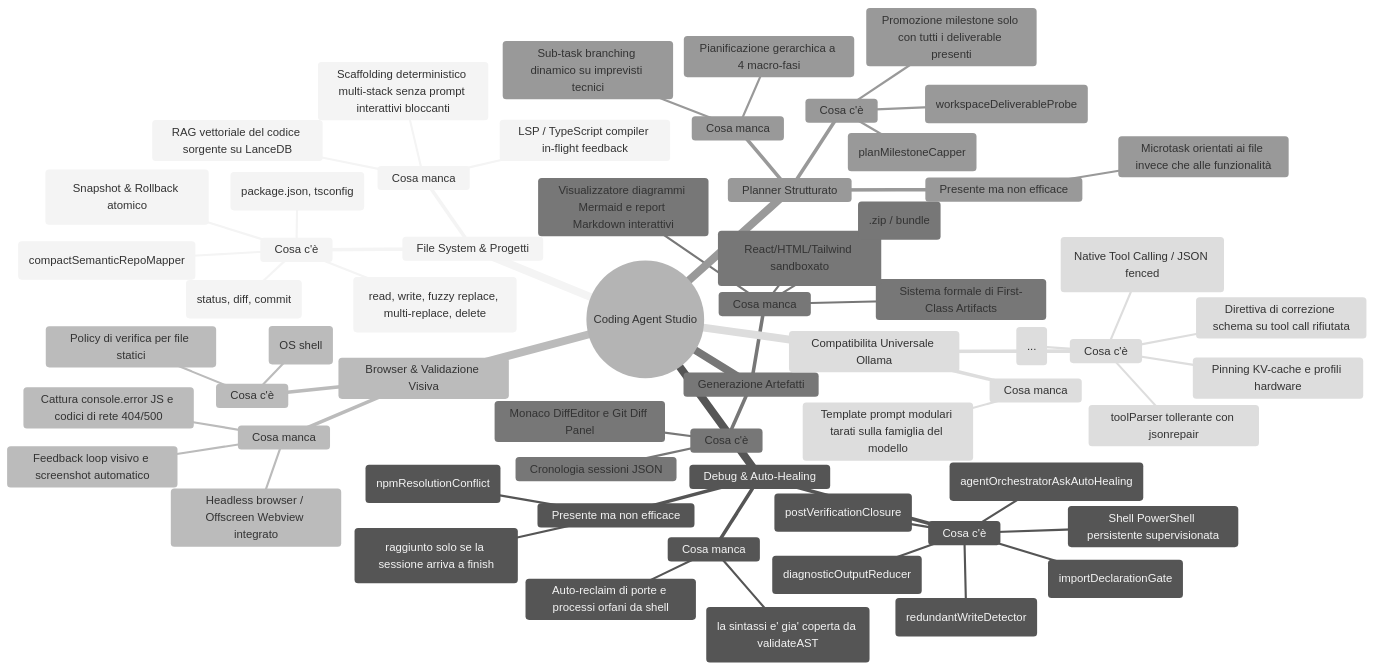
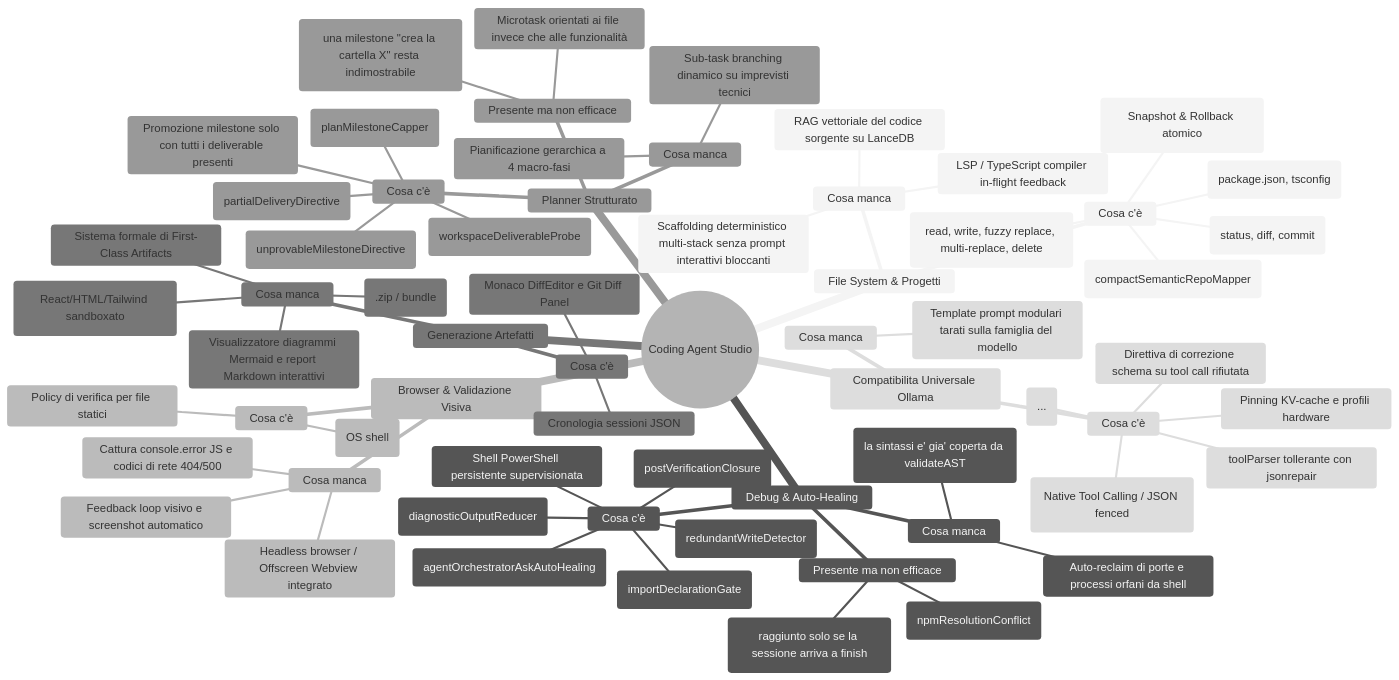
Before and after one commit to dennidalpos/OnlyRagV2: the first of 2 diagrams in docs/coding-agent-studio-blueprint.md, drawn with Mermaid (neutral theme). The commit also changed other lines of this file and 11 other files, not shown here.

````diff
--- a/docs/coding-agent-studio-blueprint.md
+++ b/docs/coding-agent-studio-blueprint.md
@@ -9,65 +9,68 @@
 ```mermaid
 mindmap
   root((Coding Agent Studio))
     File System & Progetti
       Cosa c'è
         Tool I/O completi (read, write, fuzzy replace, multi-replace, delete)
         AtomicWorkspaceJournal (Snapshot & Rollback atomico)
         AST Repo Map (compactSemanticRepoMapper)
         Dependency Scanner (package.json, tsconfig)
         Git Toolchain (status, diff, commit)
       Cosa manca
         RAG vettoriale del codice sorgente su LanceDB
         Scaffolding deterministico multi-stack senza prompt interattivi bloccanti
         LSP / TypeScript compiler in-flight feedback
     Debug & Auto-Healing
       Cosa c'è
         Shell PowerShell persistente supervisionata
         Riduzione diagnostica stack trace (diagnosticOutputReducer)
         Intercettazione lazy ask (agentOrchestratorAskAutoHealing)
         Gate import non dichiarati post-write (importDeclarationGate)
         Scrittura a vuoto riconosciuta come no-op (redundantWriteDetector)
         Stato di chiusura dichiarabile a build verde (postVerificationClosure)
       Presente ma non efficace
         Definition of Done Gate su build reale (raggiunto solo se la sessione arriva a finish)
         Recupero dai conflitti npm ERESOLVE (npmResolutionConflict)
       Cosa manca
         Typecheck incrementale post-write (la sintassi e' gia' coperta da validateAST)
         Auto-reclaim di porte e processi orfani da shell
     Browser & Validazione Visiva
       Cosa c'è
         open_in_browser esterno (OS shell)
         Policy di verifica per file statici
       Cosa manca
         Feedback loop visivo e screenshot automatico
         Cattura console.error JS e codici di rete 404/500
         Headless browser / Offscreen Webview integrato
     Generazione Artefatti
       Cosa c'è
         Monaco DiffEditor e Git Diff Panel
         Cronologia sessioni JSON
       Cosa manca
         Sistema formale di First-Class Artifacts
         Pannello UI Live Preview (React/HTML/Tailwind sandboxato)
         Visualizzatore diagrammi Mermaid e report Markdown interattivi
         1-Click Export (.zip / bundle)
     Planner Strutturato
       Cosa c'è
         Parser canonico e capping a 15 milestone (planMilestoneCapper)
         Probe su disco per deliverable reali (workspaceDeliverableProbe)
         Promozione milestone solo con tutti i deliverable presenti
+        Direttiva dedicata per milestone senza artefatto (unprovableMilestoneDirective)
+        Elenco dei deliverable ancora mancanti dopo una consegna parziale (partialDeliveryDirective)
       Presente ma non efficace
         Microtask orientati ai file invece che alle funzionalità
+        Deliverable di directory non riconosciuti (una milestone "crea la cartella X" resta indimostrabile)
       Cosa manca
         Pianificazione gerarchica a 4 macro-fasi
         Sub-task branching dinamico su imprevisti tecnici
     Compatibilita Universale Ollama
       Cosa c'è
         toolParser tollerante con jsonrepair
         Pre-stripping tag CoT (<think>...</think>)
         Dual-mode routing (Native Tool Calling / JSON fenced)
         Pinning KV-cache e profili hardware
         Direttiva di correzione schema su tool call rifiutata
       Cosa manca
         Template prompt modulari tarati sulla famiglia del modello
 ```
````
